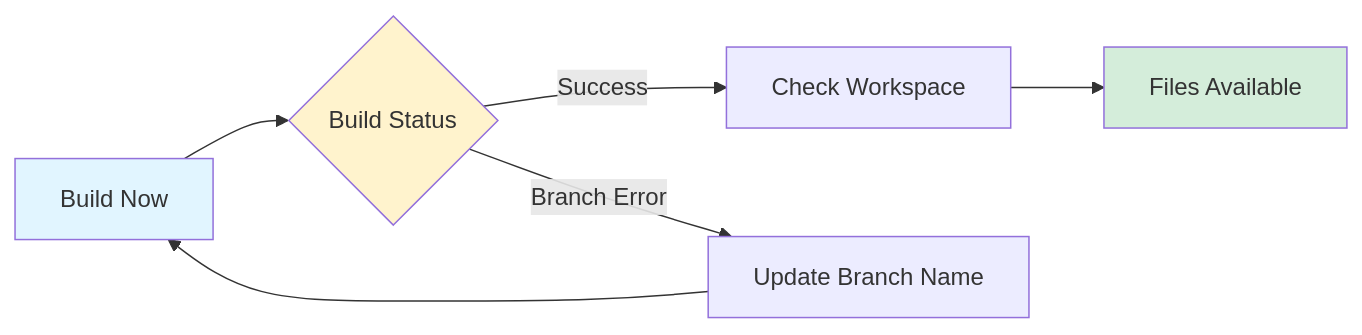
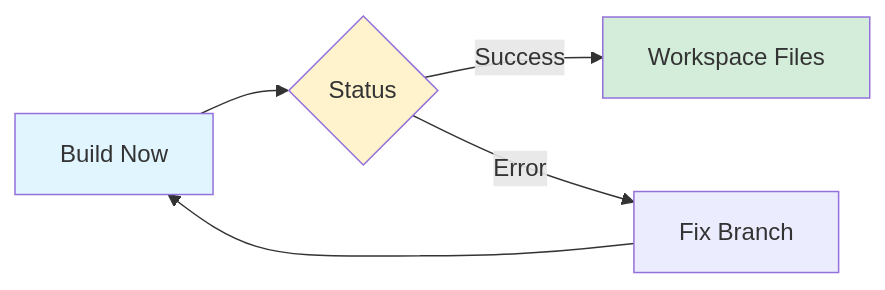
The seventh of 9 diagrams in README.md (onurglr/github-ssh-jenkins-tutorial), drawn with Mermaid before and after one commit. The commit also changed other lines of this file and 4 other files, not shown here.

````diff
--- a/README.md
+++ b/README.md
@@ -242,12 +194,9 @@
 ```mermaid
-flowchart LR
-    A[Build Now] --> B{Build Status}
-    B -->|Success| C[Check Workspace]
-    B -->|Branch Error| D[Update Branch Name]
-    D --> A
-    C --> E[Files Available]
+graph LR
+    A[Build Now] --> B{Status} -->|Success| C[Workspace Files]
+    B -->|Error| D[Fix Branch] --> A
     
     style A fill:#e1f5ff
-    style E fill:#d4edda
+    style C fill:#d4edda
     style B fill:#fff3cd
 ```
````
